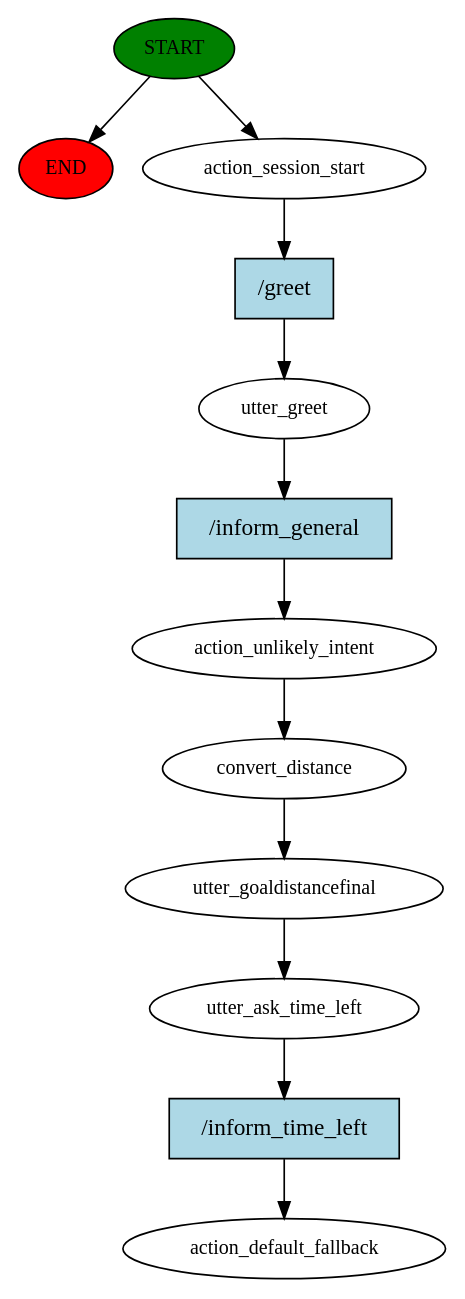
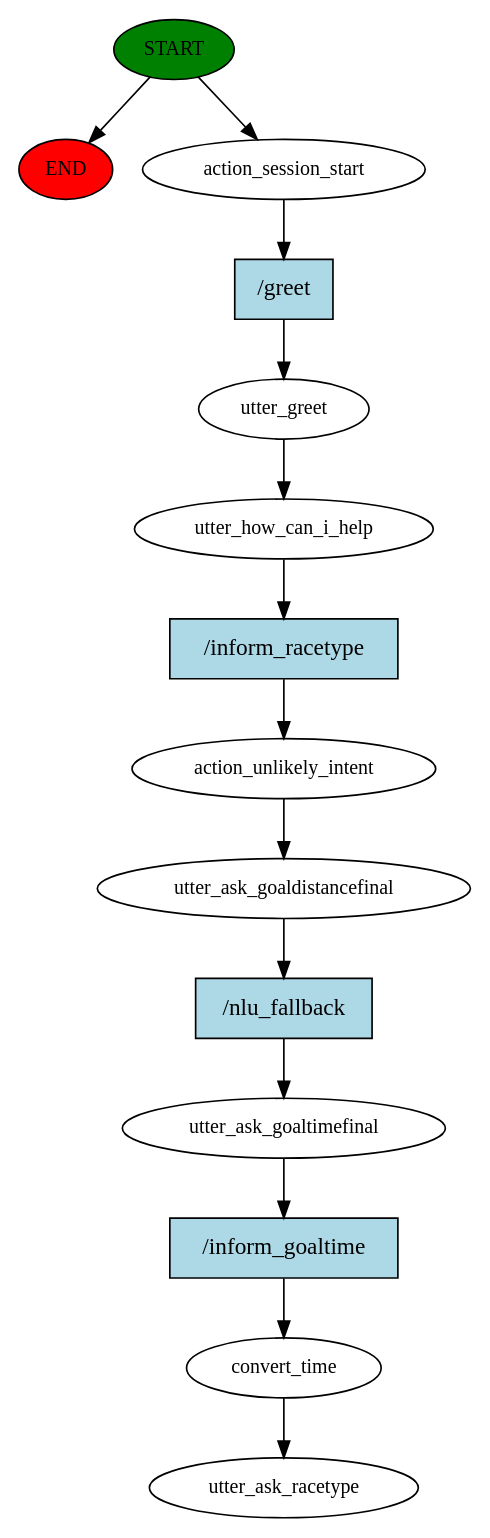
Before and after one commit to Tomaicho/AI_Chatbot: the diagram in PeakPerformanceBot/story_graph.dot, drawn with Graphviz. The commit also changed 889 other files, not shown here.

```diff
--- a/PeakPerformanceBot/story_graph.dot
+++ b/PeakPerformanceBot/story_graph.dot
@@ -1,25 +1,29 @@
 digraph  {
 0 [class="start active", fillcolor=green, fontsize=12, label=START, style=filled];
 "-1" [class=end, fillcolor=red, fontsize=12, label=END, style=filled];
 1 [class=active, fontsize=12, label=action_session_start];
 2 [class=active, fontsize=12, label=utter_greet];
-3 [class=active, fontsize=12, label=action_unlikely_intent];
-4 [class=active, fontsize=12, label=convert_distance];
-5 [class=active, fontsize=12, label=utter_goaldistancefinal];
-6 [class=active, fontsize=12, label=utter_ask_time_left];
-7 [class="dashed active", fontsize=12, label=action_default_fallback];
-8 [class="intent active", fillcolor=lightblue, label="/greet", shape=rect, style=filled];
-9 [class="intent active", fillcolor=lightblue, label="/inform_general", shape=rect, style=filled];
-10 [class="intent active", fillcolor=lightblue, label="/inform_time_left", shape=rect, style=filled];
+3 [class=active, fontsize=12, label=utter_how_can_i_help];
+4 [class=active, fontsize=12, label=action_unlikely_intent];
+5 [class=active, fontsize=12, label=utter_ask_goaldistancefinal];
+6 [class=active, fontsize=12, label=utter_ask_goaltimefinal];
+7 [class=active, fontsize=12, label=convert_time];
+8 [class="dashed active", fontsize=12, label=utter_ask_racetype];
+9 [class="intent active", fillcolor=lightblue, label="/greet", shape=rect, style=filled];
+10 [class="intent active", fillcolor=lightblue, label="/inform_racetype", shape=rect, style=filled];
+11 [class="intent active", fillcolor=lightblue, label="/nlu_fallback", shape=rect, style=filled];
+12 [class="intent active", fillcolor=lightblue, label="/inform_goaltime", shape=rect, style=filled];
 0 -> "-1"  [class="", key=NONE, label=""];
 0 -> 1  [class=active, key=NONE, label=""];
-1 -> 8  [class=active, key=0];
-2 -> 9  [class=active, key=0];
-3 -> 4  [class=active, key=NONE, label=""];
+1 -> 9  [class=active, key=0];
+2 -> 3  [class=active, key=NONE, label=""];
+3 -> 10  [class=active, key=0];
 4 -> 5  [class=active, key=NONE, label=""];
-5 -> 6  [class=active, key=NONE, label=""];
-6 -> 10  [class=active, key=0];
-8 -> 2  [class=active, key=0];
-9 -> 3  [class=active, key=0];
-10 -> 7  [class=active, key=0];
+5 -> 11  [class=active, key=0];
+6 -> 12  [class=active, key=0];
+7 -> 8  [class=active, key=NONE, label=""];
+9 -> 2  [class=active, key=0];
+10 -> 4  [class=active, key=0];
+11 -> 6  [class=active, key=0];
+12 -> 7  [class=active, key=0];
 }
```
